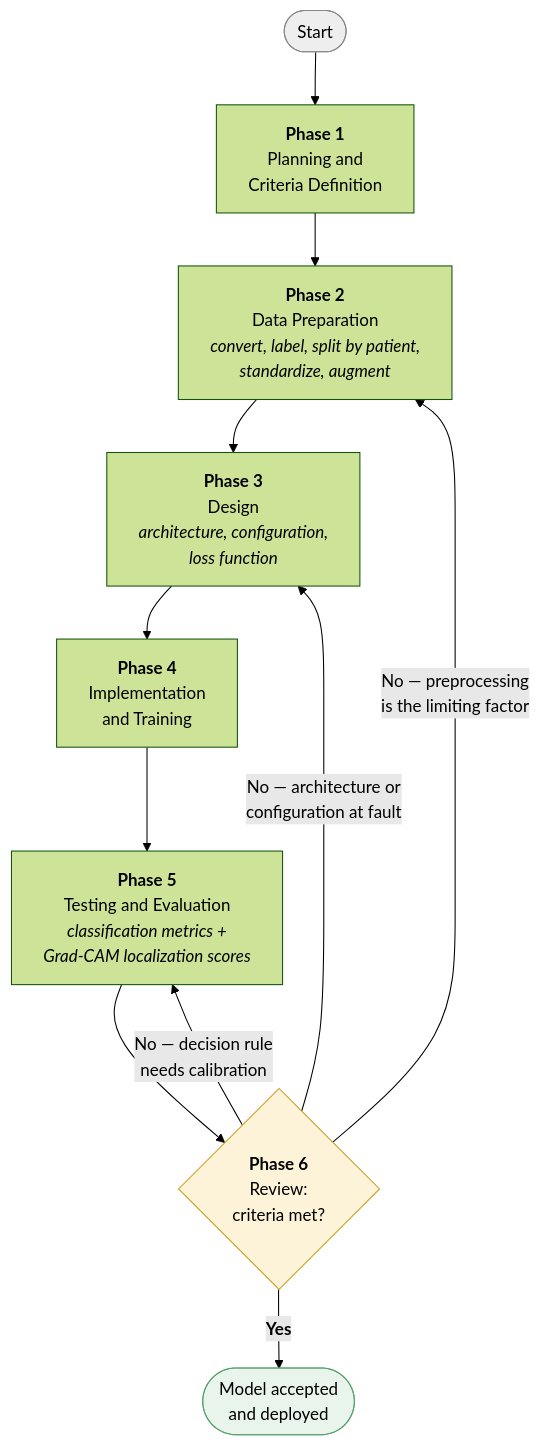
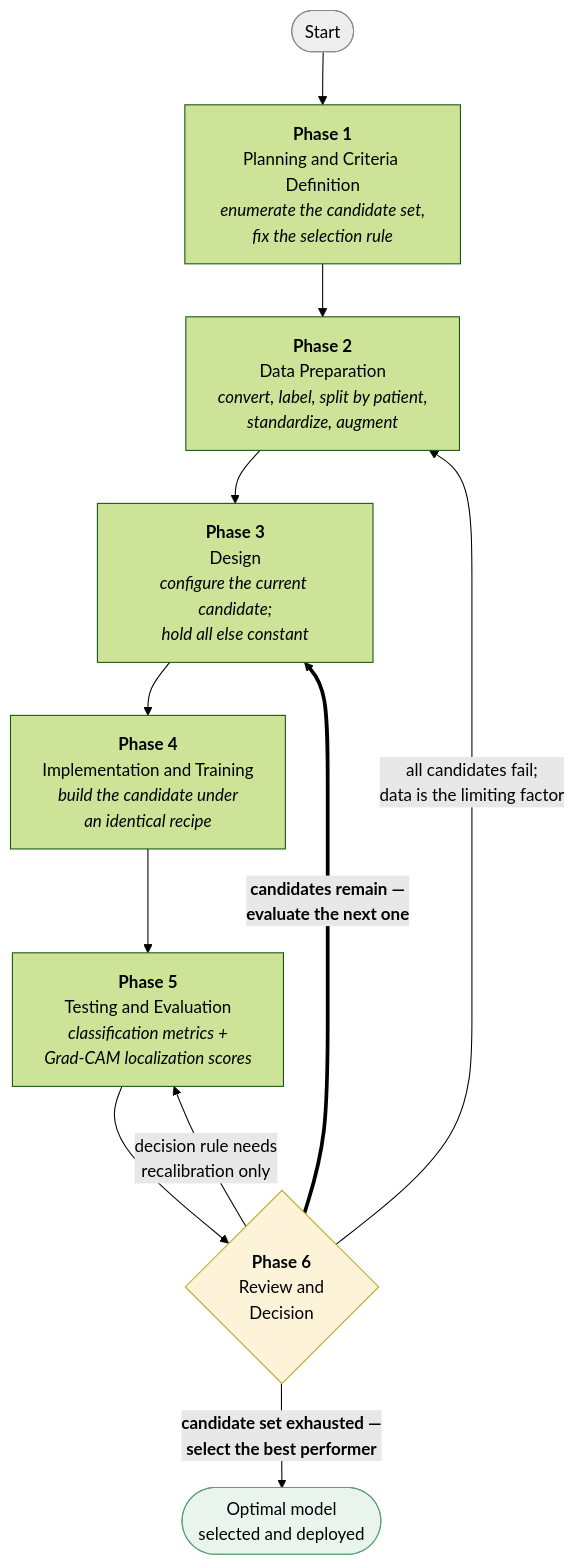
The diagram in zdocs/sdlc.md (jesimoandrew/Explainable-Breast-Cancer-Detection-Model), drawn with Mermaid (forest theme) before and after one commit. The commit also changed other lines of this file, not shown here.

````diff
--- a/zdocs/sdlc.md
+++ b/zdocs/sdlc.md
@@ -39,21 +33,21 @@
 ```mermaid
 flowchart TD
     START(["Start"]) --> P1
 
-    P1["<b>Phase 1</b><br/>Planning and<br/>Criteria Definition"]
+    P1["<b>Phase 1</b><br/>Planning and Criteria Definition<br/><i>enumerate the candidate set,<br/>fix the selection rule</i>"]
     P2["<b>Phase 2</b><br/>Data Preparation<br/><i>convert, label, split by patient,<br/>standardize, augment</i>"]
-    P3["<b>Phase 3</b><br/>Design<br/><i>architecture, configuration,<br/>loss function</i>"]
-    P4["<b>Phase 4</b><br/>Implementation<br/>and Training"]
+    P3["<b>Phase 3</b><br/>Design<br/><i>configure the current candidate;<br/>hold all else constant</i>"]
+    P4["<b>Phase 4</b><br/>Implementation and Training<br/><i>build the candidate under<br/>an identical recipe</i>"]
     P5["<b>Phase 5</b><br/>Testing and Evaluation<br/><i>classification metrics +<br/>Grad-CAM localization scores</i>"]
-    P6{"<b>Phase 6</b><br/>Review:<br/>criteria met?"}
+    P6{"<b>Phase 6</b><br/>Review and<br/>Decision"}
 
     P1 --> P2 --> P3 --> P4 --> P5 --> P6
-    P6 -->|"No — preprocessing<br/>is the limiting factor"| P2
-    P6 -->|"No — architecture or<br/>configuration at fault"| P3
-    P6 -->|"No — decision rule<br/>needs calibration"| P5
-    P6 -->|"<b>Yes</b>"| DONE(["Model accepted<br/>and deployed"])
+    P6 ==>|"<b>candidates remain —<br/>evaluate the next one</b>"| P3
+    P6 -->|"all candidates fail;<br/>data is the limiting factor"| P2
+    P6 -->|"decision rule needs<br/>recalibration only"| P5
+    P6 -->|"<b>candidate set exhausted —<br/>select the best performer</b>"| DONE(["Optimal model<br/>selected and deployed"])
 
     style P6 fill:#fdf3d8,stroke:#c9a227
     style DONE fill:#e9f5ec,stroke:#5aa06e
     style START fill:#eeeeee,stroke:#888888
 ```
````
